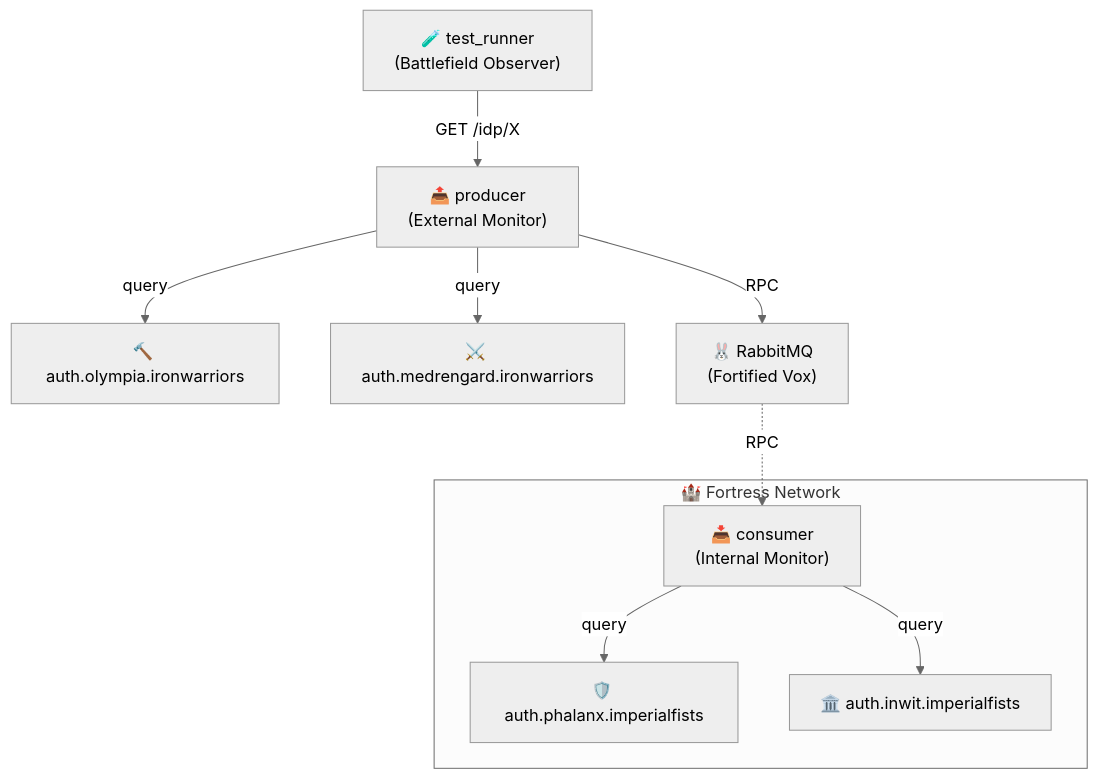
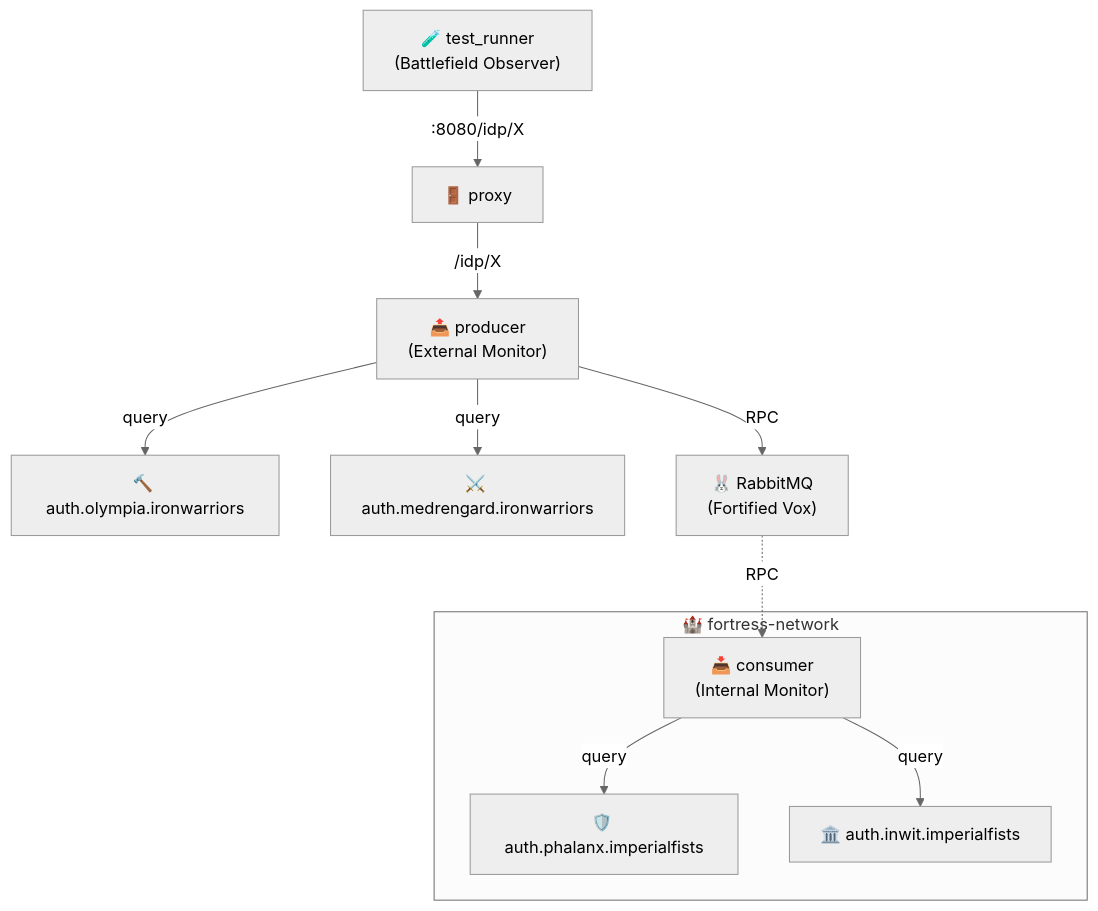
Before and after one commit to proconnect-gouv/idp-status-monitoring: the diagram in examples/idp_proxy_middleware/README.md, drawn with Mermaid (neutral theme). The commit also changed 8 other files, not shown here.

First line of the commit message:
✅ test: add resilience testing example and enhance proxy middleware

````diff
--- a/examples/idp_proxy_middleware/README.md
+++ b/examples/idp_proxy_middleware/README.md
@@ -7,22 +7,24 @@
 ```mermaid
 graph TB
     test["🧪 test_runner<br/>(Battlefield Observer)"]
     producer["📤 producer<br/>(External Monitor)"]
     olympia["🔨 auth.olympia.ironwarriors"]
     medrengard["⚔️ auth.medrengard.ironwarriors"]
+    proxy["🚪 proxy"]
     rabbitmq["🐰 RabbitMQ<br/>(Fortified Vox)"]
 
-    subgraph fortress["🏰 Fortress Network"]
+    subgraph fortress["🏰 fortress-network"]
         consumer["📥 consumer<br/>(Internal Monitor)"]
         phalanx["🛡️ auth.phalanx.imperialfists"]
         inwit["🏛️ auth.inwit.imperialfists"]
     end
 
-    test -->|GET /idp/X| producer
+    test -->|":8080/idp/X"| proxy
+    proxy -->|"/idp/X"| producer
     producer -->|query| olympia
     producer -->|query| medrengard
     producer -->|RPC| rabbitmq
     rabbitmq -.->|RPC| consumer
     consumer -->|query| phalanx
     consumer -->|query| inwit
 ```
````
